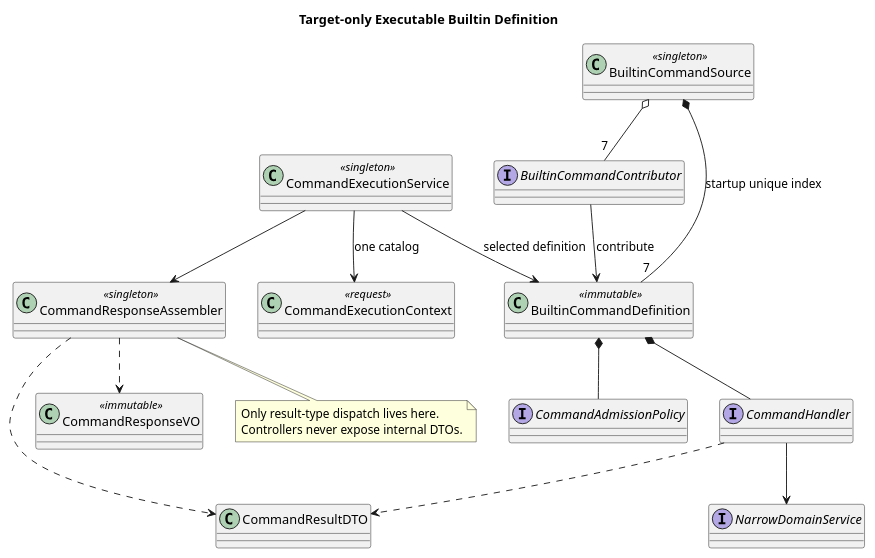
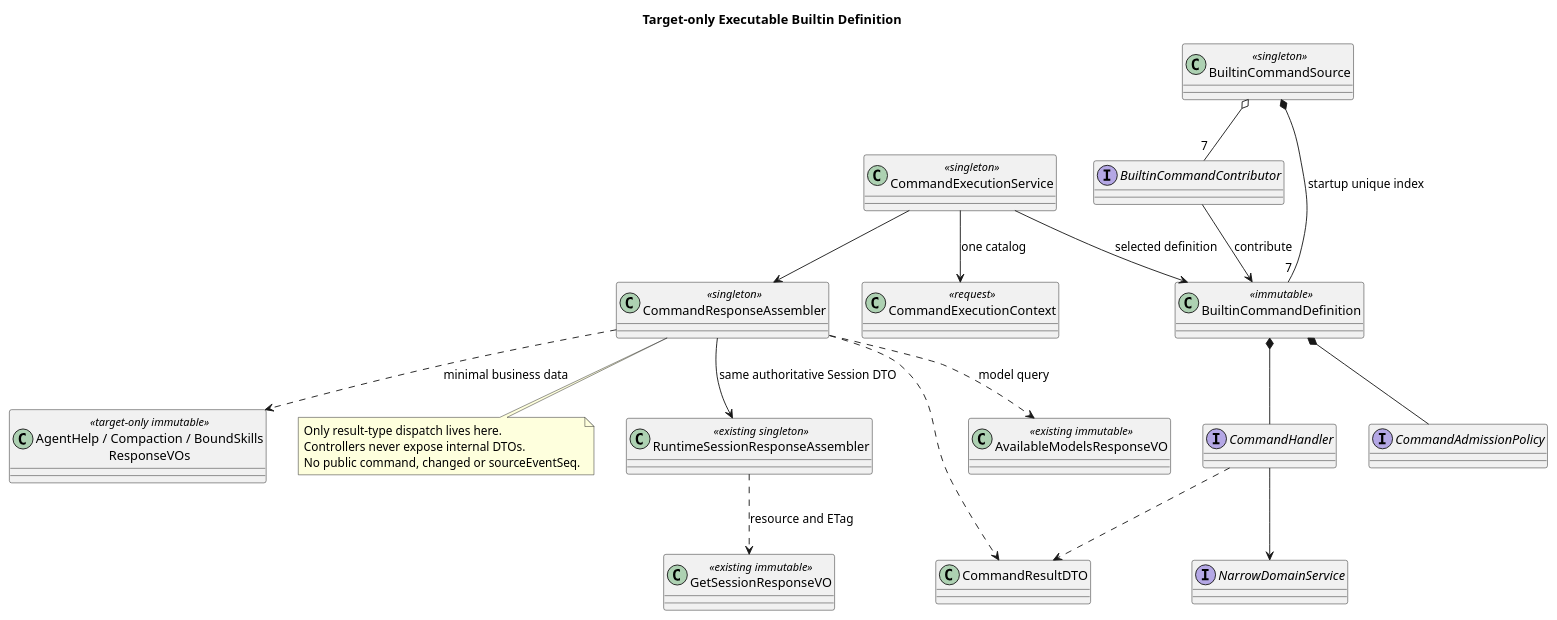
Before and after one commit to ssm0808/pi-mono-java-design: the first of 3 diagrams in 04-命令与技能/01-内置命令/设计图/diagram.puml, drawn with PlantUML. The commit also changed 21 other files, not shown here.

```diff
--- a/04-命令与技能/01-内置命令/设计图/diagram.puml
+++ b/04-命令与技能/01-内置命令/设计图/diagram.puml
@@ -1,33 +1,42 @@
 @startuml target_command_core_classes
 title Target-only Executable Builtin Definition
 ' Source evidence: pi-mono-java@0bb794f2 modules/coding-agent-cli/src/main/java/com/campusclaw/codingagent/runtimeapi/command/CommandDefinition.java.
 ' Design reason: each contributor owns metadata, admission, and handler; no central command-name switch.
+' Source evidence: pi-mono-java@6f52fddc modules/coding-agent-cli/src/main/java/com/campusclaw/codingagent/runtimeapi/session/RuntimeSessionResponseAssembler.java getView.
+' Architecture change: project business resources, never serialize the internal command receipt.
 skinparam shadowing false
 interface BuiltinCommandContributor
 class BuiltinCommandSource <<singleton>>
 class BuiltinCommandDefinition <<immutable>>
 interface CommandHandler
 interface CommandAdmissionPolicy
 class CommandExecutionContext <<request>>
 class CommandExecutionService <<singleton>>
 class CommandResponseAssembler <<singleton>>
 class CommandResultDTO
-class CommandResponseVO <<immutable>>
+class RuntimeSessionResponseAssembler <<existing singleton>>
+class GetSessionResponseVO <<existing immutable>>
+class AvailableModelsResponseVO <<existing immutable>>
+class "AgentHelp / Compaction / BoundSkills\nResponseVOs" as BusinessVOs <<target-only immutable>>
 interface NarrowDomainService
 BuiltinCommandSource o-- "7" BuiltinCommandContributor
 BuiltinCommandContributor --> BuiltinCommandDefinition : contribute
 BuiltinCommandSource *-- "7" BuiltinCommandDefinition : startup unique index
 BuiltinCommandDefinition *-- CommandHandler
 BuiltinCommandDefinition *-- CommandAdmissionPolicy
 CommandExecutionService --> CommandExecutionContext : one catalog
 CommandExecutionService --> BuiltinCommandDefinition : selected definition
 CommandHandler --> NarrowDomainService
 CommandHandler ..> CommandResultDTO
 CommandExecutionService --> CommandResponseAssembler
 CommandResponseAssembler ..> CommandResultDTO
-CommandResponseAssembler ..> CommandResponseVO
+CommandResponseAssembler --> RuntimeSessionResponseAssembler : same authoritative Session DTO
+RuntimeSessionResponseAssembler ..> GetSessionResponseVO : resource and ETag
+CommandResponseAssembler ..> AvailableModelsResponseVO : model query
+CommandResponseAssembler ..> BusinessVOs : minimal business data
 note bottom of CommandResponseAssembler
 Only result-type dispatch lives here.
 Controllers never expose internal DTOs.
+No public command, changed or sourceEventSeq.
 end note
 @enduml
```
